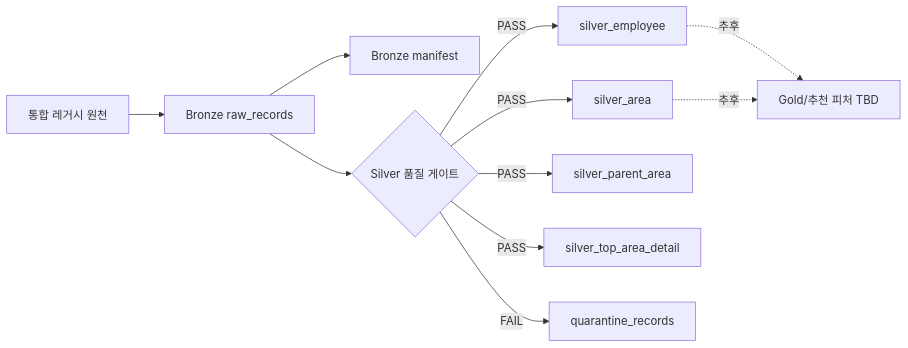
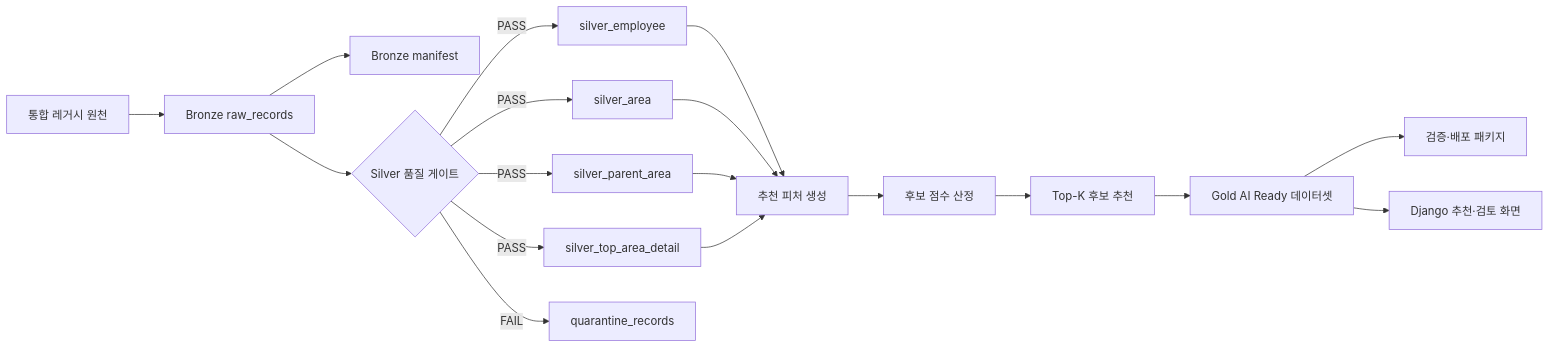
The first of 2 diagrams in docs/TO_BE_MEDALLION_MODEL.md (encore-ai-campus/mlo-01-p2-team2), drawn with Mermaid before and after one commit. The commit also changed other lines of this file, not shown here.

````diff
--- a/docs/TO_BE_MEDALLION_MODEL.md
+++ b/docs/TO_BE_MEDALLION_MODEL.md
@@ -13,13 +13,23 @@
 ```mermaid
 flowchart LR
     SRC["통합 레거시 원천"] --> BR["Bronze raw_records"]
     BR --> MF["Bronze manifest"]
     BR --> QG{"Silver 품질 게이트"}
+
     QG -->|PASS| EMP["silver_employee"]
     QG -->|PASS| AREA["silver_area"]
     QG -->|PASS| PAR["silver_parent_area"]
     QG -->|PASS| TOP["silver_top_area_detail"]
     QG -->|FAIL| QUAR["quarantine_records"]
-    EMP -. 추후 .-> GOLD["Gold/추천 피처 TBD"]
-    AREA -. 추후 .-> GOLD
+
+    EMP --> FEATURE["추천 피처 생성"]
+    AREA --> FEATURE
+    PAR --> FEATURE
+    TOP --> FEATURE
+
+    FEATURE --> SCORE["후보 점수 산정"]
+    SCORE --> TOPK["Top-K 후보 추천"]
+    TOPK --> GOLD["Gold AI Ready 데이터셋"]
+    GOLD --> PKG["검증·배포 패키지"]
+    GOLD --> UI["Django 추천·검토 화면"]
 ```
````
